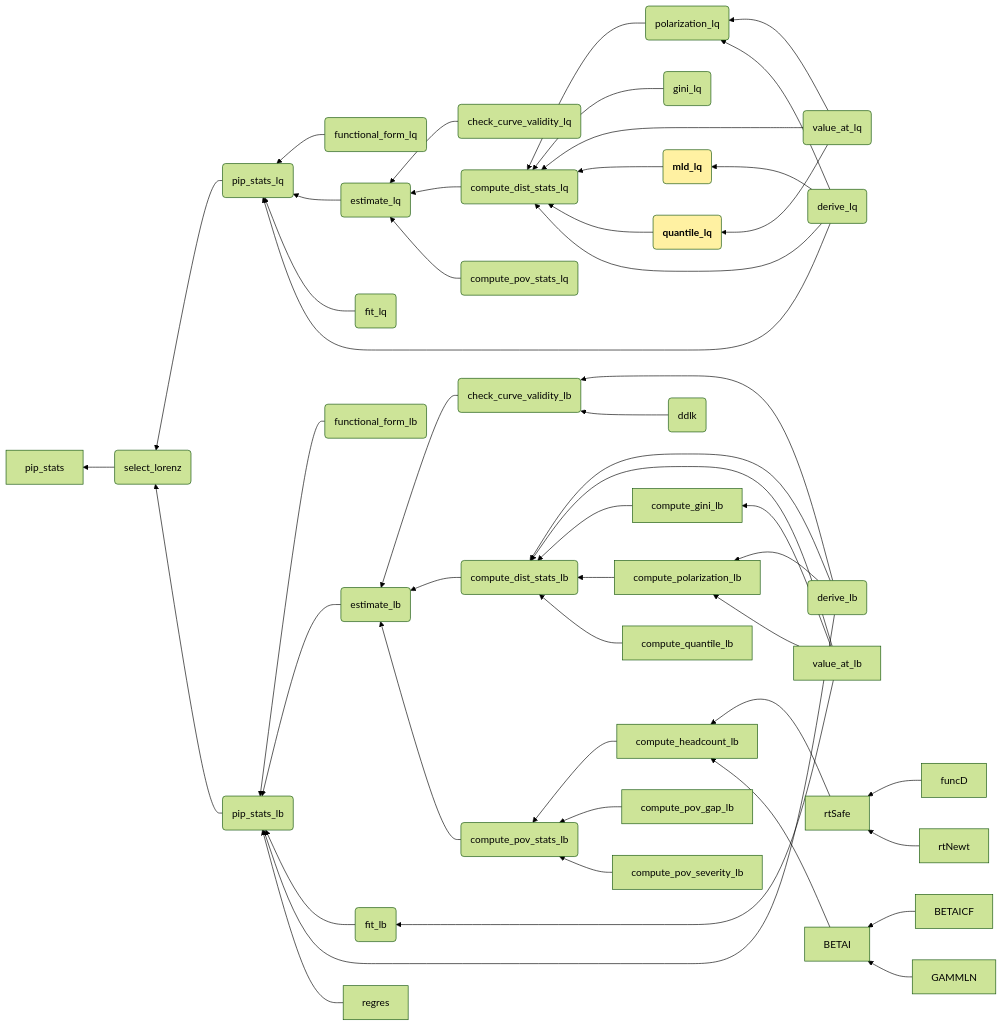
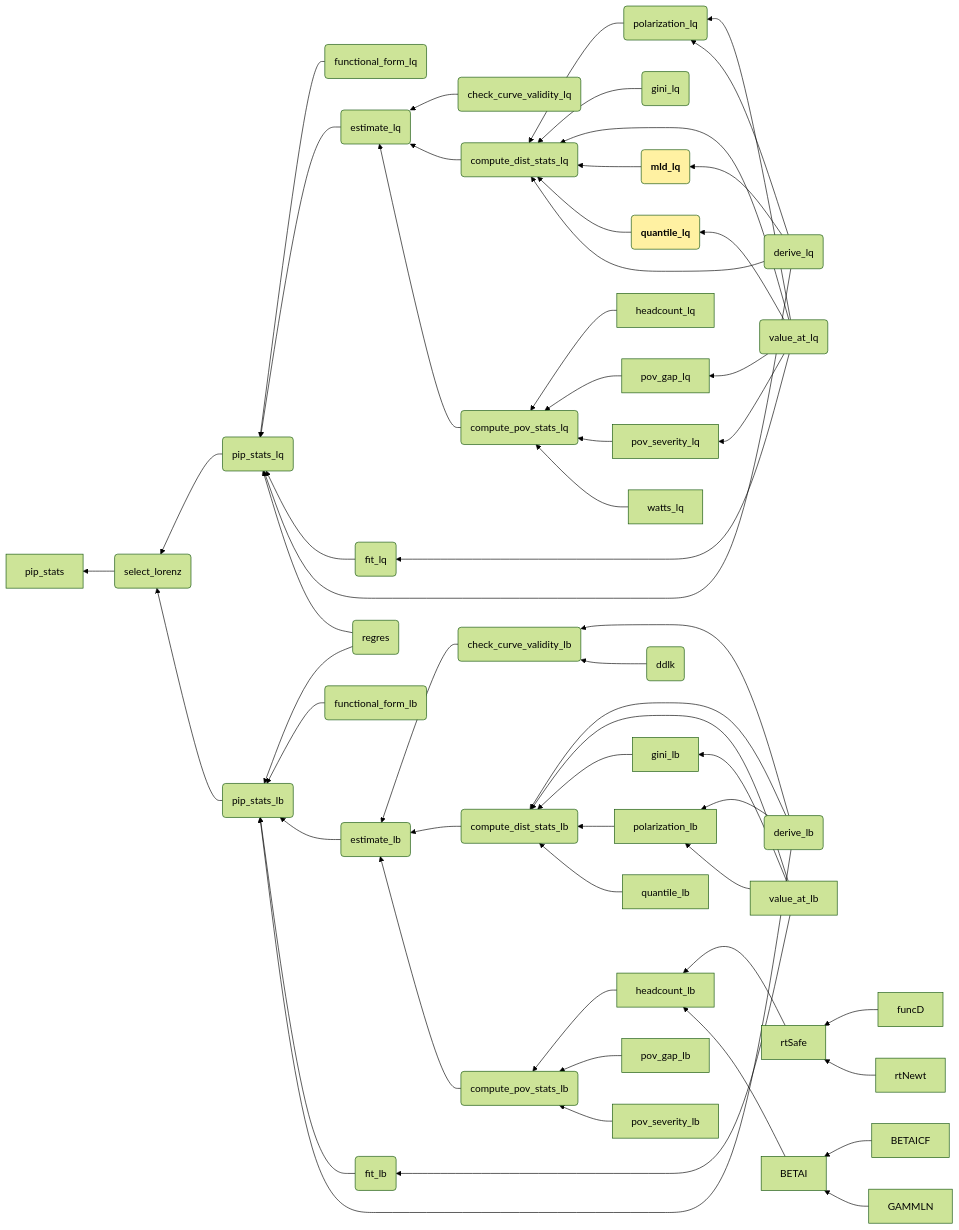
The diagram in wbpip_gd_doc.qmd (dana89co/pip_utilities), drawn with Mermaid (forest theme) before and after one commit. The commit also changed 21 other files, not shown here.

Commit message:
Add to diagram missing functions lq

````diff
--- a/wbpip_gd_doc.qmd
+++ b/wbpip_gd_doc.qmd
@@ -20,65 +20,77 @@
 ```{mermaid}
 
 flowchart RL
     lz(select_lorenz) --> stats[pip_stats]
     lq(pip_stats_lq) --> lz
     lb(pip_stats_lb) --> lz
+
     
     form_lq(functional_form_lq) --> lq
     est_lq(estimate_lq) --> lq
     fit_lq(fit_lq) --> lq
+    derive_lq(derive_lq) --> lq
+    
+    regres(regres) --> lq
+    regres(regres) --> lb
     
     form_lb(functional_form_lb) --> lb
     est_lb(estimate_lb) --> lb
     fit_lb(fit_lb) --> lb
     derive_lb(derive_lb) ---> lb
-    regres --> lb
-    
+
     check_val(check_curve_validity_lq) --> est_lq
     comp_dist_lq(compute_dist_stats_lq) --> est_lq
     comp_pov_lq(compute_pov_stats_lq) --> est_lq
     
     check_val_lb(check_curve_validity_lb) --> est_lb
     derive_lb(derive_lb) ---> check_val_lb
     ddlk(ddlk) --> check_val_lb
     
     comp_dist_lb(compute_dist_stats_lb) --> est_lb
     derive_lb --> comp_dist_lb
     value_at_lb --> comp_dist_lb
-    compute_gini_lb --> comp_dist_lb
-    value_at_lb --> compute_gini_lb
-    compute_polarization_lb --> comp_dist_lb
-    derive_lb --> compute_polarization_lb
-    value_at_lb --> compute_polarization_lb
-    compute_quantile_lb --> comp_dist_lb
+    gini_lb --> comp_dist_lb
+    value_at_lb --> gini_lb
+    polarization_lb --> comp_dist_lb
+    derive_lb --> polarization_lb
+    value_at_lb --> polarization_lb
+    quantile_lb --> comp_dist_lb
     
     comp_pov_lb(compute_pov_stats_lb) --> est_lb
-    compute_headcount_lb --> comp_pov_lb
-    rtSafe --> compute_headcount_lb
+    headcount_lb --> comp_pov_lb
+    rtSafe --> headcount_lb
     funcD --> rtSafe
     rtNewt --> rtSafe
-    BETAI --> compute_headcount_lb
+    BETAI --> headcount_lb
     BETAICF --> BETAI
     GAMMLN --> BETAI
-    compute_pov_gap_lb --> comp_pov_lb
-    compute_pov_severity_lb --> comp_pov_lb
+    pov_gap_lb --> comp_pov_lb
+    pov_severity_lb --> comp_pov_lb
     
     value_at_lb --> fit_lb
     
     polarization_lq(polarization_lq) --> comp_dist_lq
     gini_lq(gini_lq) --> comp_dist_lq
     value_at_lq --> polarization_lq
     value_at_lq(value_at_lq) --> comp_dist_lq
     mld_lq(<b>mld_lq</b>) --> comp_dist_lq
     quantile_lq(<b>quantile_lq</b>) --> comp_dist_lq
-    derive_lq(derive_lq) --> lq
+    
+    headcount_lq --> comp_pov_lq
+    pov_gap_lq --> comp_pov_lq
+    pov_severity_lq --> comp_pov_lq
+    watts_lq --> comp_pov_lq
+
     derive_lq --> comp_dist_lq
     derive_lq --> mld_lq
     derive_lq --> polarization_lq
     value_at_lq --> quantile_lq
+    value_at_lq --> pov_gap_lq
+    value_at_lq --> pov_severity_lq
+    value_at_lq --> fit_lq
     
     
     style quantile_lq fill:#FFF1A2
     style mld_lq fill:#FFF1A2
 
 ```
````
